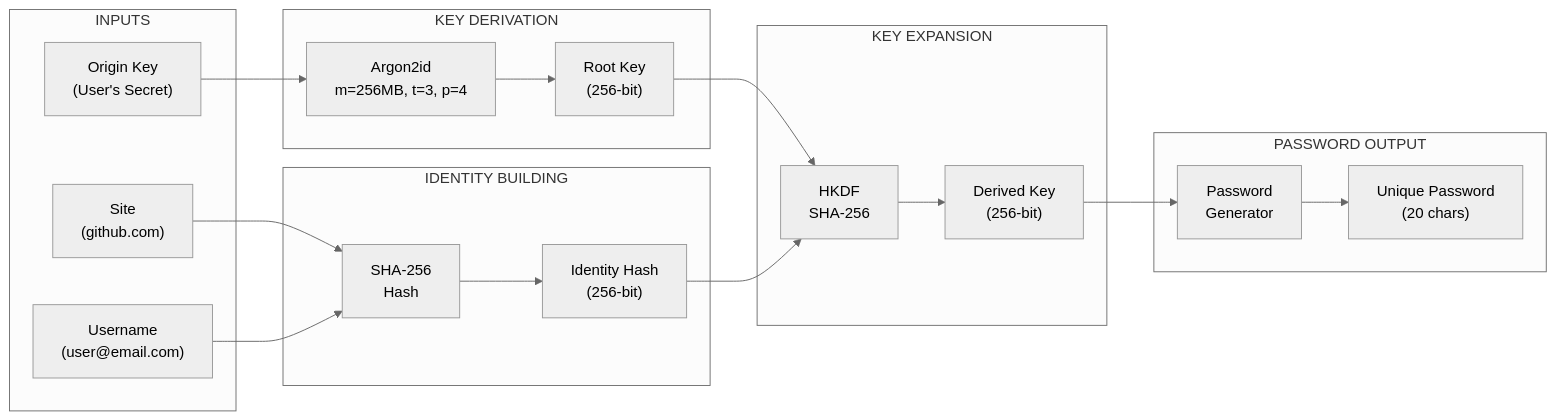
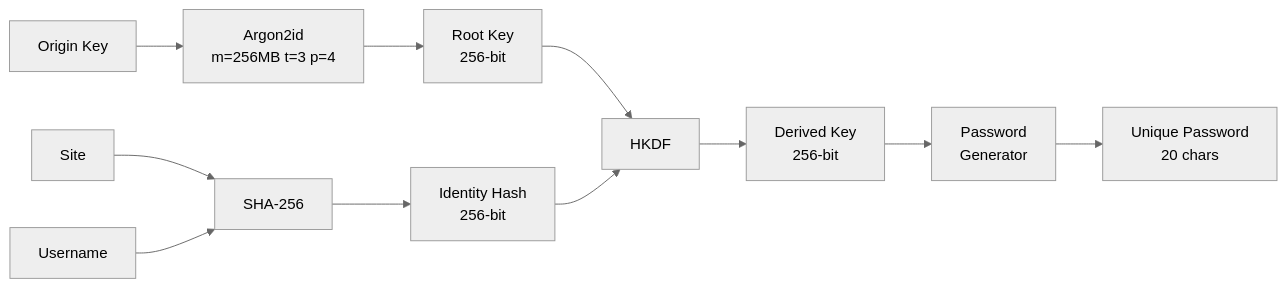
One commit to hanif-alkahfy/zero-origin_app changed the diagram in README.md. Above: the diagram before and after it, drawn with Mermaid (neutral theme). The commit also changed other lines of this file and 5 other files, not shown here.

Commit message:
refactor: simplify flow - origin key entered per session

````diff
--- a/README.md
+++ b/README.md
@@ -24,38 +24,12 @@
 ```mermaid
 flowchart LR
-    subgraph Input["INPUTS"]
-        OK["Origin Key<br/>(User's Secret)"]
-        Site["Site<br/>(github.com)"]
-        User["Username<br/>(user@email.com)"]
-    end
-
-    subgraph KDF["KEY DERIVATION"]
-        Argon2["Argon2id<br/>m=256MB, t=3, p=4"]
-        RootKey["Root Key<br/>(256-bit)"]
-    end
-
-    subgraph Identity["IDENTITY BUILDING"]
-        SHA["SHA-256<br/>Hash"]
-        IdentityHash["Identity Hash<br/>(256-bit)"]
-    end
-
-    subgraph Expansion["KEY EXPANSION"]
-        HKDF["HKDF<br/>SHA-256"]
-        DerivedKey["Derived Key<br/>(256-bit)"]
-    end
-
-    subgraph Output["PASSWORD OUTPUT"]
-        Generator["Password<br/>Generator"]
-        Password["Unique Password<br/>(20 chars)"]
-    end
-
-    OK --> Argon2 --> RootKey
-    RootKey --> HKDF
-    Site --> SHA
-    User --> SHA
-    SHA --> IdentityHash
+    OK[Origin Key] --> Argon2[Argon2id<br/>m=256MB t=3 p=4] --> RootKey[Root Key<br/>256-bit]
+    RootKey --> HKDF[HKDF]
+    Site[Site] --> SHA[SHA-256]
+    User[Username] --> SHA
+    SHA --> IdentityHash[Identity Hash<br/>256-bit]
     IdentityHash --> HKDF
-    HKDF --> DerivedKey
-    DerivedKey --> Generator
-    Generator --> Password
+    HKDF --> DerivedKey[Derived Key<br/>256-bit]
+    DerivedKey --> Generator[Password<br/>Generator]
+    Generator --> Password[Unique Password<br/>20 chars]
 ```
````
